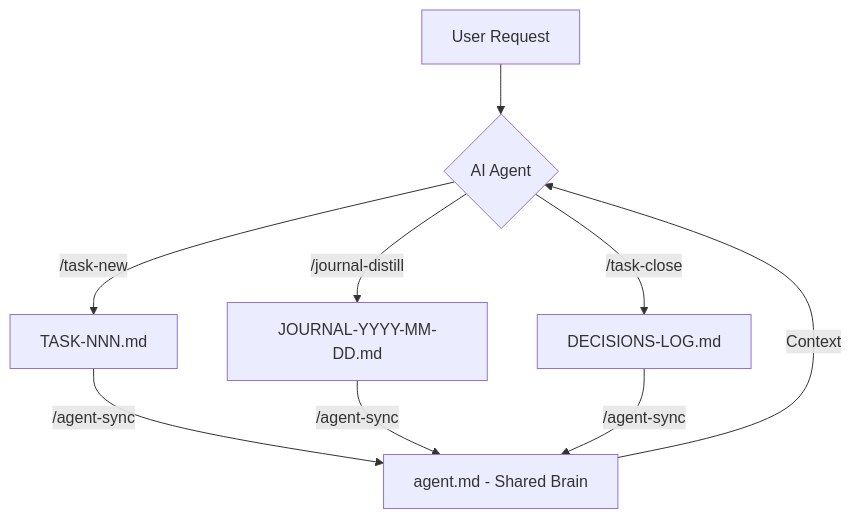
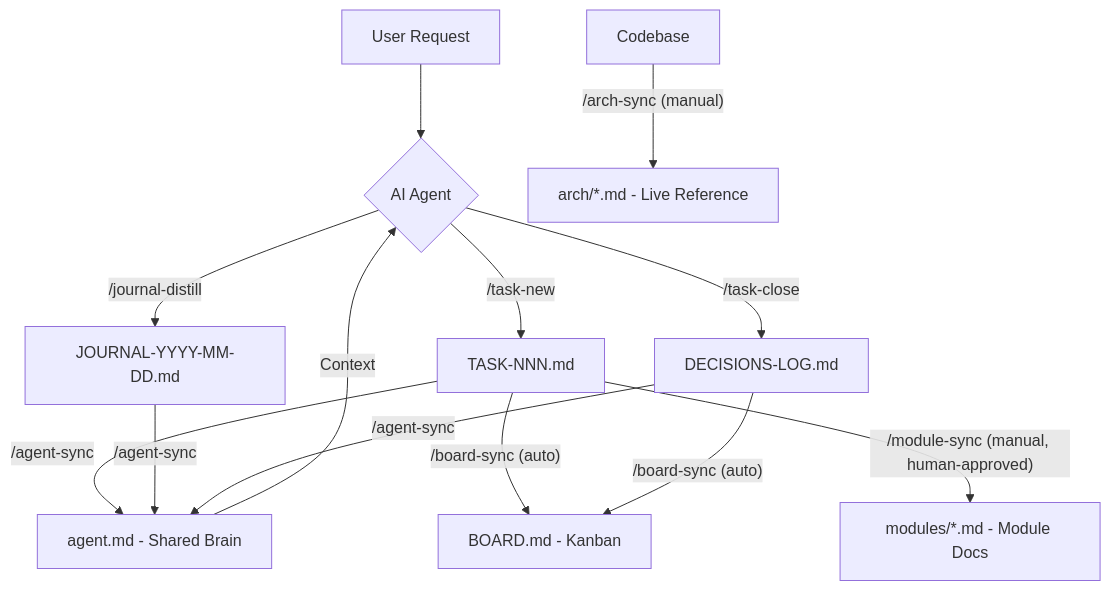
The diagram in README.md (dynamicart/ai-docs), drawn with Mermaid before and after one commit. The commit also changed other lines of this file and 9 other files, not shown here.

Commit message:
*add: add board-sync documentation workflows

````diff
--- a/README.md
+++ b/README.md
@@ -31,9 +34,13 @@
 ```mermaid
 graph TD
     A[User Request] --> B{AI Agent}
     B -- "/task-new" --> C[TASK-NNN.md]
     B -- "/journal-distill" --> D[JOURNAL-YYYY-MM-DD.md]
     B -- "/task-close" --> E[DECISIONS-LOG.md]
     C & D & E -- "/agent-sync" --> F[agent.md - Shared Brain]
     F -->|Context| B
+    C -- "/board-sync (auto)" --> G[BOARD.md - Kanban]
+    E -- "/board-sync (auto)" --> G
+    H[Codebase] -- "/arch-sync (manual)" --> I[arch/*.md - Live Reference]
+    C -- "/module-sync (manual, human-approved)" --> J[modules/*.md - Module Docs]
 ```
````
